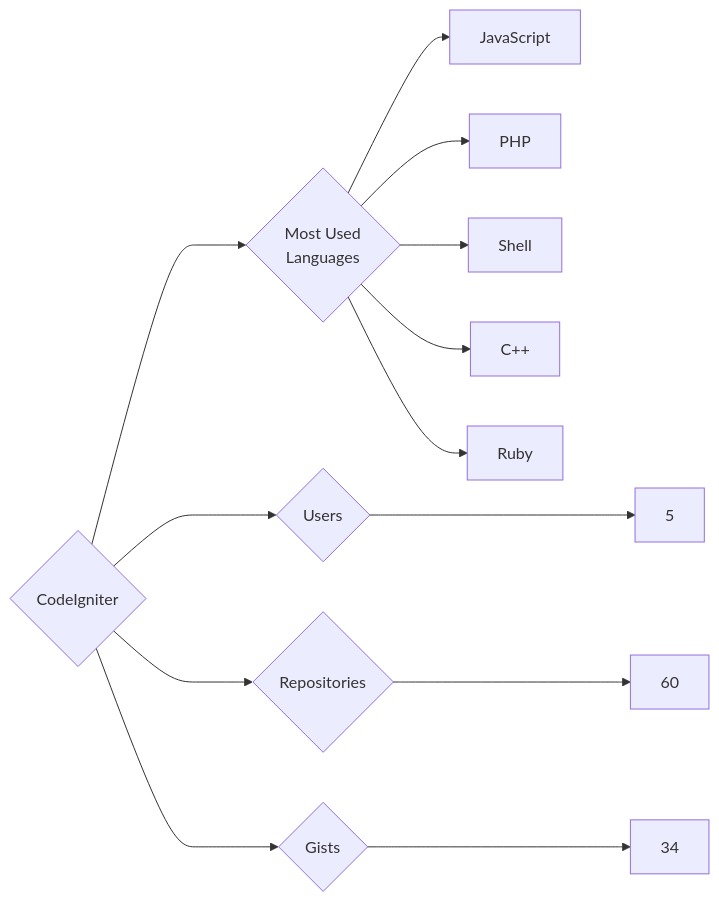
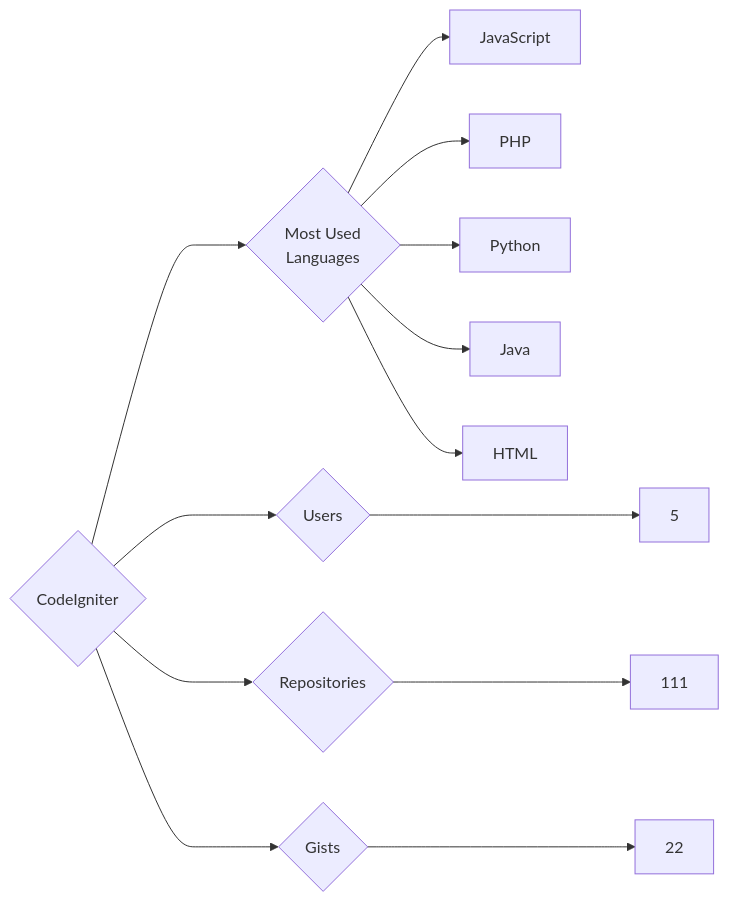
The diagram in targets/CodeIgniter/README.md (trickest/insiders), drawn with Mermaid before and after one commit. The commit also changed 629 other files, not shown here.

````diff
--- a/targets/CodeIgniter/README.md
+++ b/targets/CodeIgniter/README.md
@@ -3,13 +3,13 @@
 ```mermaid
 graph LR
 COMPANY_NAME{CodeIgniter}
 COMPANY_NAME ---> U{Users} ---> UN[5]
-COMPANY_NAME ---> R{Repositories} ---> RN[60]
-COMPANY_NAME ---> G{Gists} ---> GN[34]
+COMPANY_NAME ---> R{Repositories} ---> RN[111]
+COMPANY_NAME ---> G{Gists} ---> GN[22]
 COMPANY_NAME ---> ML{Most Used<br>Languages}
 ML --> JavaScript[JavaScript]
 ML --> PHP[PHP]
-ML --> Shell[Shell]
-ML --> C++[C++]
-ML --> Ruby[Ruby]
+ML --> Python[Python]
+ML --> Java[Java]
+ML --> HTML[HTML]
 ```
````
